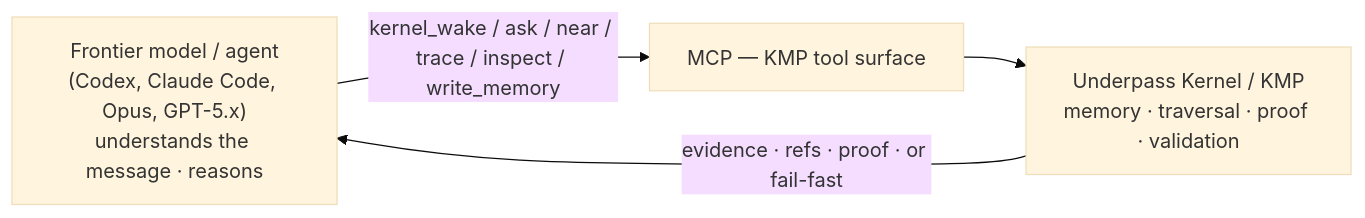
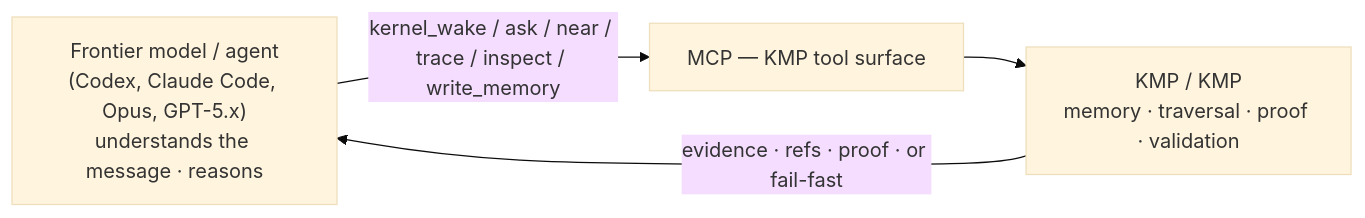
One commit to underpass-ai/kmp changed the second of 3 diagrams in README.md. Above: the diagram before and after it, drawn with Mermaid (base theme). The commit also changed other lines of this file and 983 other files, not shown here.

First line of the commit message:
refactor: rename the project to KMP by Underpass

````diff
--- a/README.md
+++ b/README.md
@@ -97,9 +96,9 @@
 ```mermaid
 graph LR
     A["Frontier model / agent<br/>(Codex, Claude Code, Opus, GPT-5.x)<br/>understands the message · reasons"]
     MCP["MCP — KMP tool surface"]
-    K["Underpass Kernel / KMP<br/>memory · traversal · proof · validation"]
+    K["KMP / KMP<br/>memory · traversal · proof · validation"]
     A -->|"kernel_wake / ask / near / trace / inspect / write_memory"| MCP
     MCP --> K
     K -->|"evidence · refs · proof · or fail-fast"| A
 ```
````
